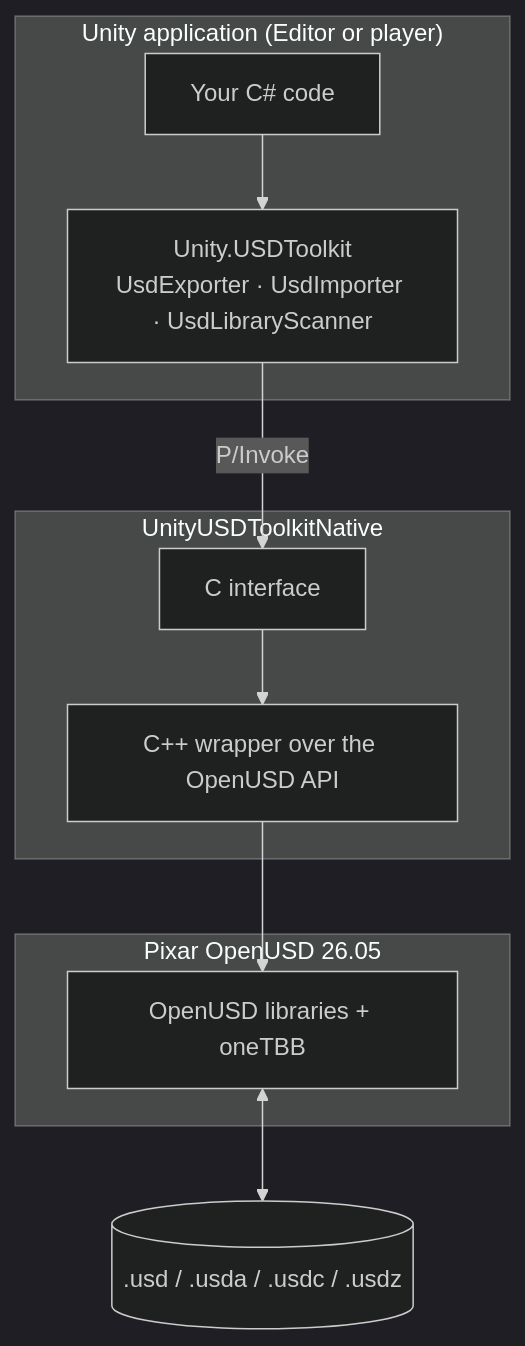
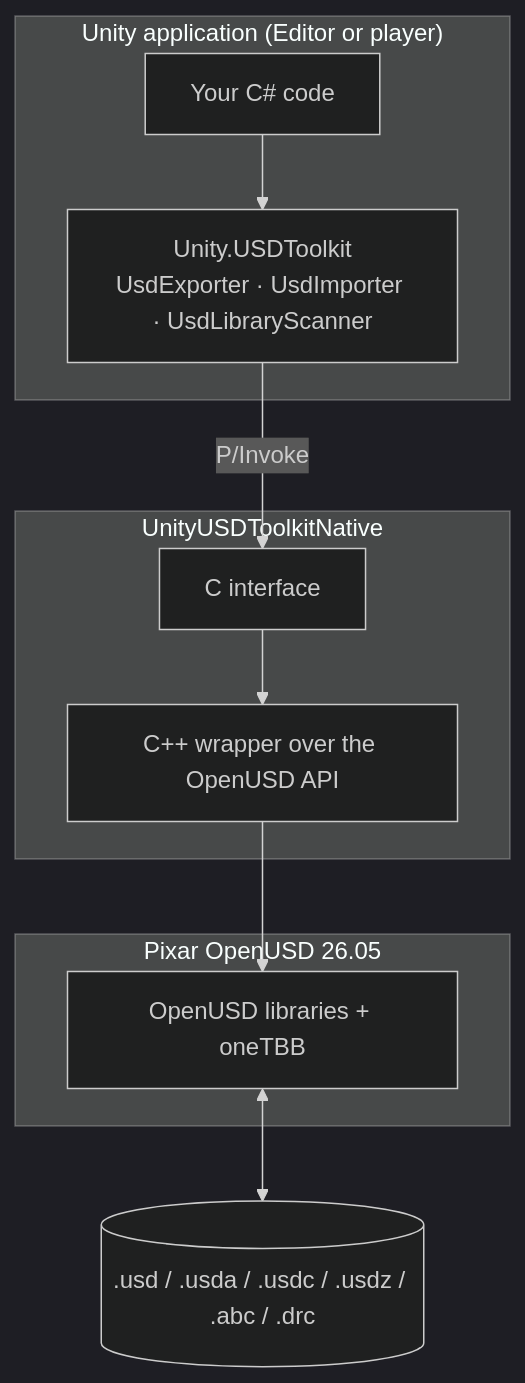
The diagram in README.md (Unity-Technologies/com.unity.usd-toolkit), drawn with Mermaid (dark theme) before and after one commit. The commit also changed other lines of this file and 387 other files, not shown here.

````diff
--- a/README.md
+++ b/README.md
@@ -189,18 +200,18 @@
 ```mermaid
 flowchart TB
     subgraph Unity["Unity application (Editor or player)"]
         App["Your C# code"]
         API["Unity.USDToolkit<br/>UsdExporter · UsdImporter · UsdLibraryScanner"]
     end
     subgraph Shim["UnityUSDToolkitNative"]
         CABI["C interface"]
         Cpp["C++ wrapper over the OpenUSD API"]
     end
     subgraph OpenUSD["Pixar OpenUSD 26.05"]
         Lib["OpenUSD libraries + oneTBB"]
     end
-    Files[(".usd / .usda / .usdc / .usdz")]
+    Files[(".usd / .usda / .usdc / .usdz / .abc / .drc")]
 
     App --> API -->|P/Invoke| CABI --> Cpp --> Lib
     Lib <--> Files
 ```
````
